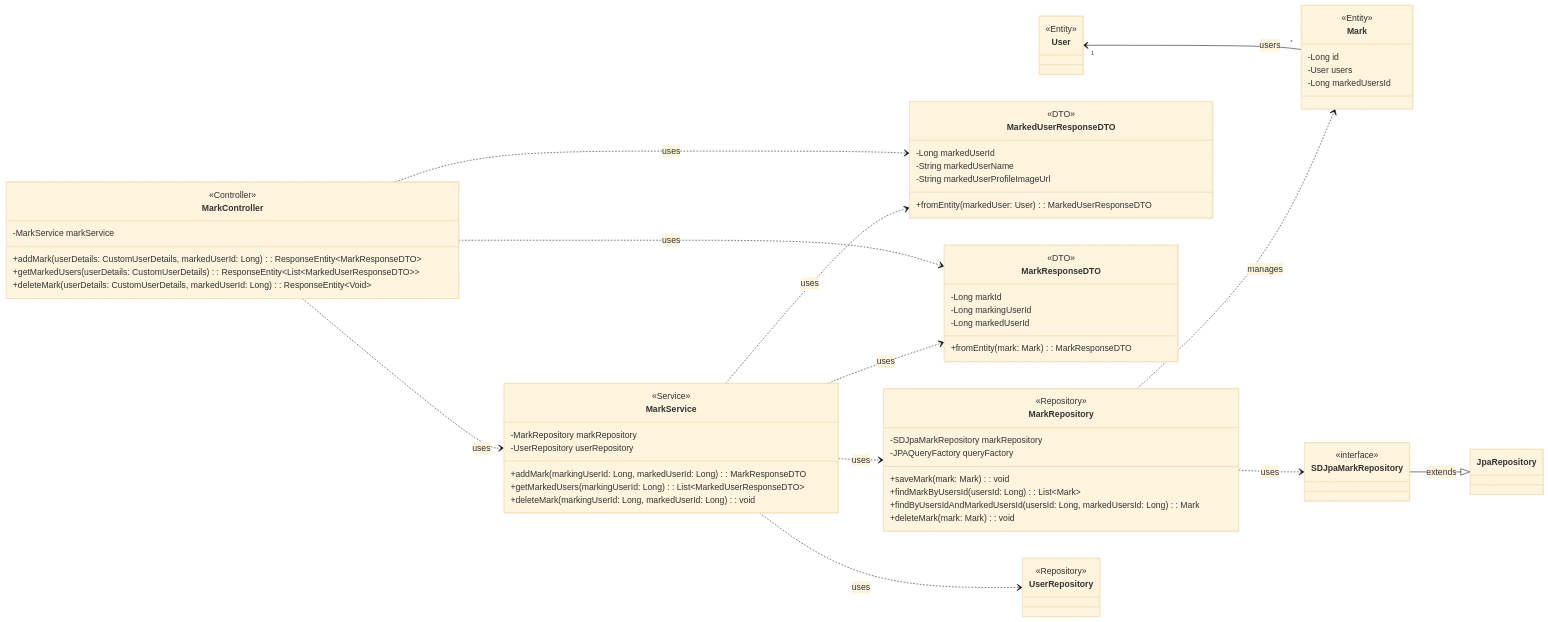
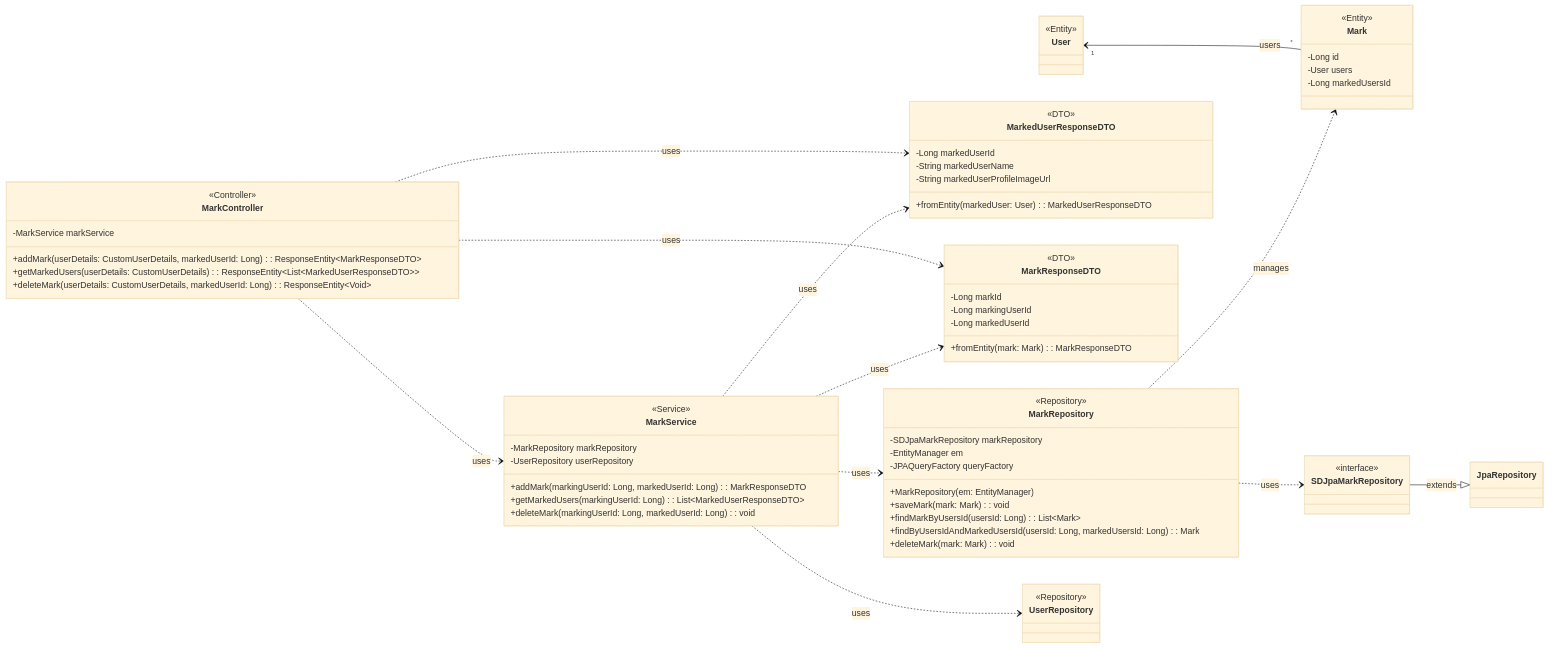
One commit to Wooong-E/game-s-cord changed the diagram in SDS/classDiagram/markClassDiagram.md. Above: the diagram before and after it, drawn with Mermaid (base theme). The commit also changed 4 other files, not shown here.

Commit message:
fix: gamemateClassDiagram, markClassDiagram, matchClassDiagram 수정

````diff
--- a/SDS/classDiagram/markClassDiagram.md
+++ b/SDS/classDiagram/markClassDiagram.md
@@ -3,71 +3,73 @@
 ```mermaid
 classDiagram
     direction LR
 
     class MarkController {
         <<Controller>>
         -MarkService markService
         +addMark(userDetails: CustomUserDetails, markedUserId: Long): ResponseEntity~MarkResponseDTO~
         +getMarkedUsers(userDetails: CustomUserDetails): ResponseEntity~List~MarkedUserResponseDTO~~
         +deleteMark(userDetails: CustomUserDetails, markedUserId: Long): ResponseEntity~Void~
     }
 
     class MarkService {
         <<Service>>
         -MarkRepository markRepository
         -UserRepository userRepository
         +addMark(markingUserId: Long, markedUserId: Long): MarkResponseDTO
         +getMarkedUsers(markingUserId: Long): List~MarkedUserResponseDTO~
         +deleteMark(markingUserId: Long, markedUserId: Long): void
     }
 
     class MarkRepository {
         <<Repository>>
         -SDJpaMarkRepository markRepository
+        -EntityManager em
         -JPAQueryFactory queryFactory
+        +MarkRepository(em: EntityManager)
         +saveMark(mark: Mark): void
         +findMarkByUsersId(usersId: Long): List~Mark~
         +findByUsersIdAndMarkedUsersId(usersId: Long, markedUsersId: Long): Mark
         +deleteMark(mark: Mark): void
     }
 
     class Mark {
         <<Entity>>
         -Long id
         -User users
         -Long markedUsersId
     }
 
     class MarkedUserResponseDTO {
         <<DTO>>
         -Long markedUserId
         -String markedUserName
         -String markedUserProfileImageUrl
         +fromEntity(markedUser: User): MarkedUserResponseDTO
     }
 
     class MarkResponseDTO {
         <<DTO>>
         -Long markId
         -Long markingUserId
         -Long markedUserId
         +fromEntity(mark: Mark): MarkResponseDTO
     }
 
     class User { <<Entity>> }
     class UserRepository { <<Repository>> }
     class SDJpaMarkRepository { <<interface>> }
     
     %% Relationships
     MarkController ..> MarkService : uses
     MarkService ..> MarkRepository : uses
     MarkService ..> UserRepository : uses
     MarkRepository ..> SDJpaMarkRepository : uses
     SDJpaMarkRepository --|> JpaRepository : extends
     User "1" <-- "*" Mark : users
     MarkController ..> MarkResponseDTO : uses
     MarkController ..> MarkedUserResponseDTO : uses
     MarkService ..> MarkResponseDTO : uses
     MarkService ..> MarkedUserResponseDTO : uses
     MarkRepository ..> Mark : manages
 ```
````
